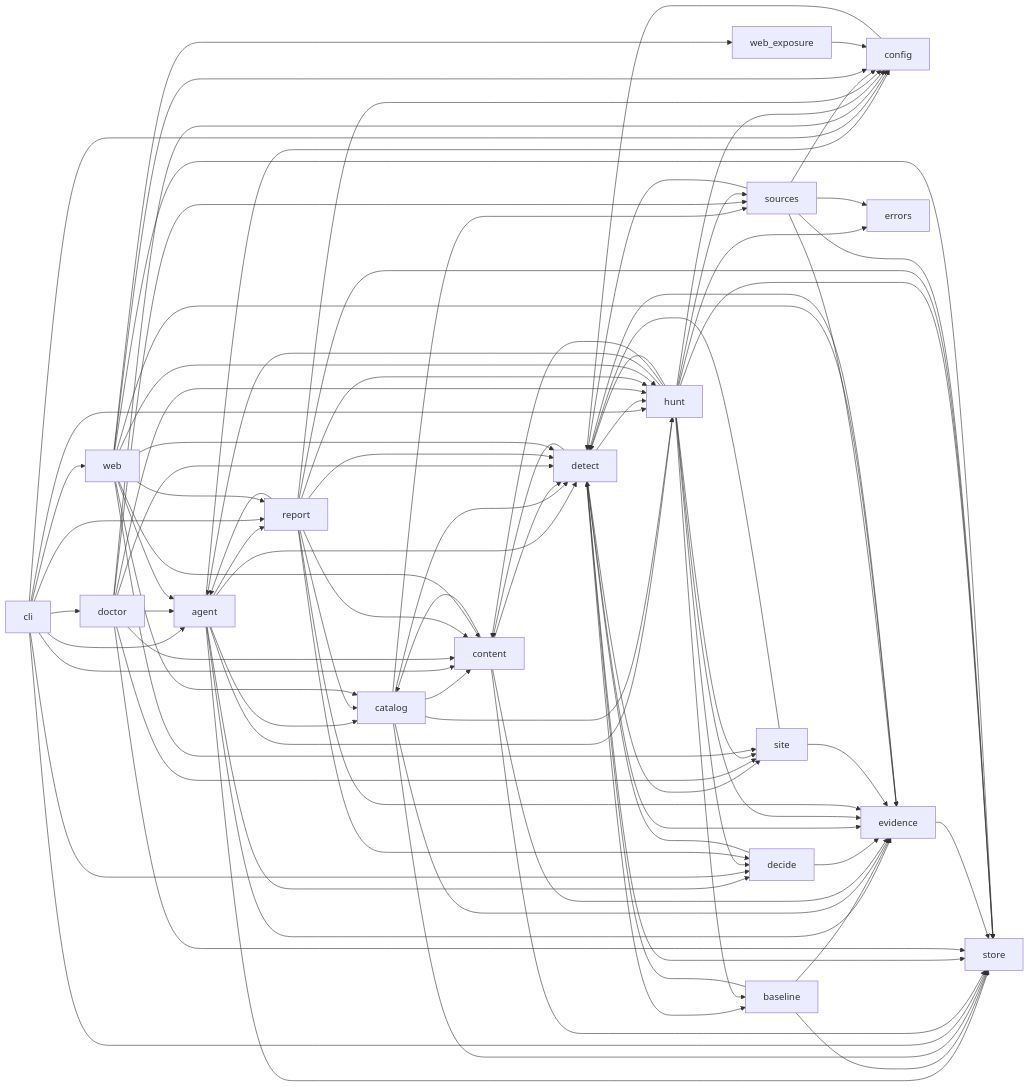
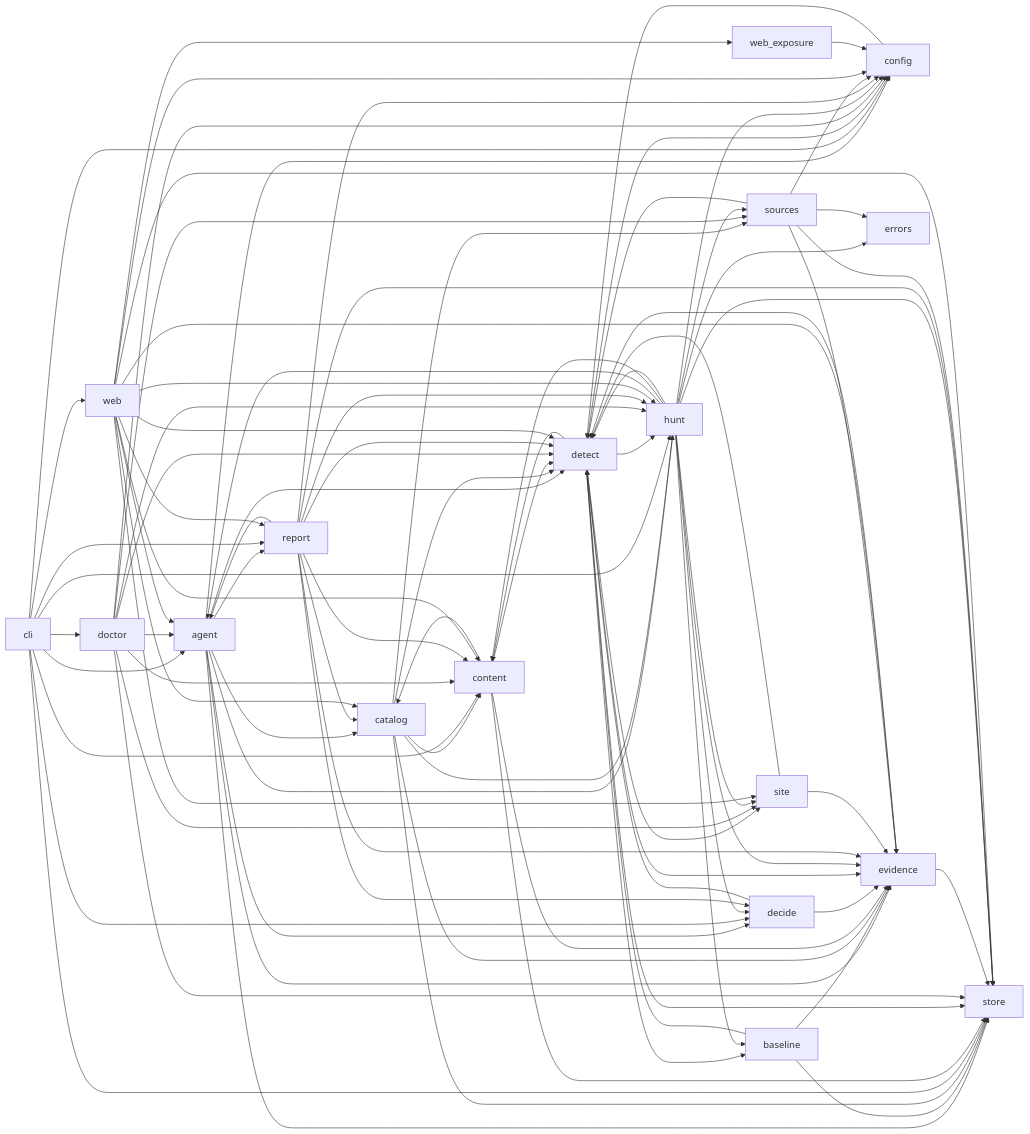
The diagram in docs/architecture/MODULE_MAP.md (nickthabib-cloud/ROMULUS), drawn with Mermaid before and after one commit. The commit also changed other lines of this file and 9 other files, not shown here.

```diff
--- a/docs/architecture/MODULE_MAP.md
+++ b/docs/architecture/MODULE_MAP.md
@@ -368,6 +369,7 @@
   decide --> detect
   decide --> evidence
   detect --> baseline
+  detect --> config
   detect --> content
   detect --> evidence
   detect --> hunt
```
